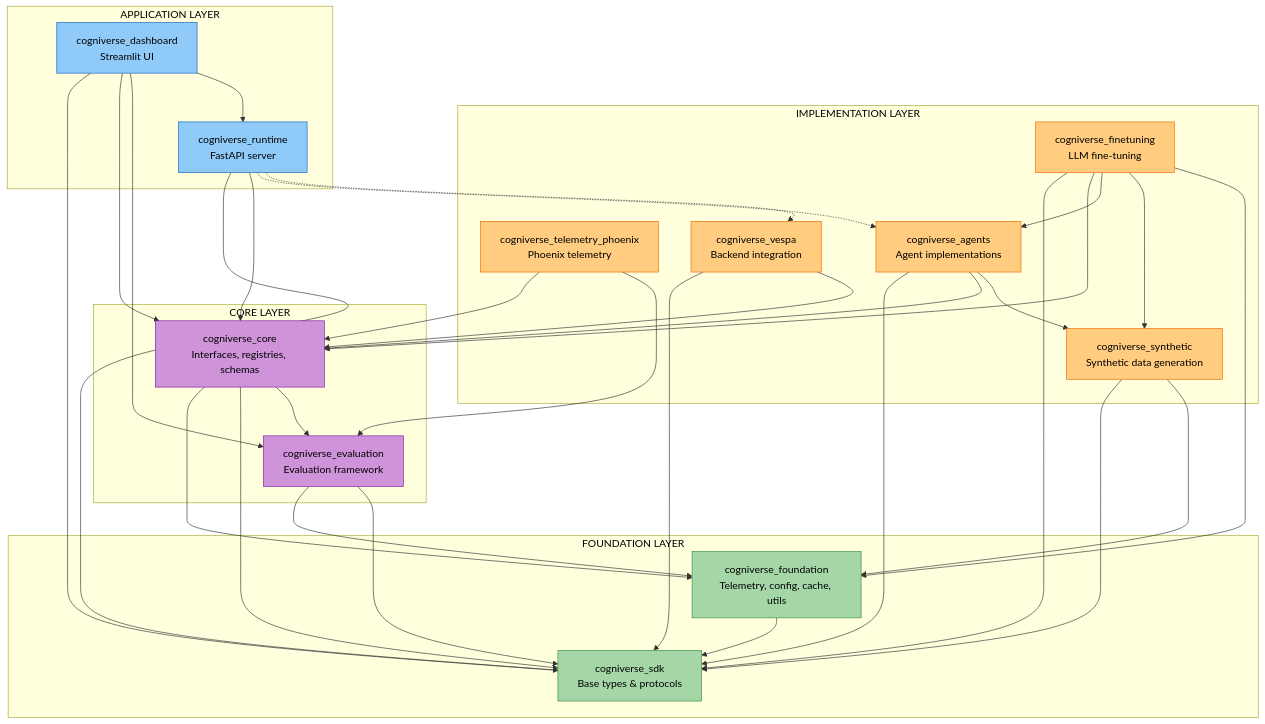
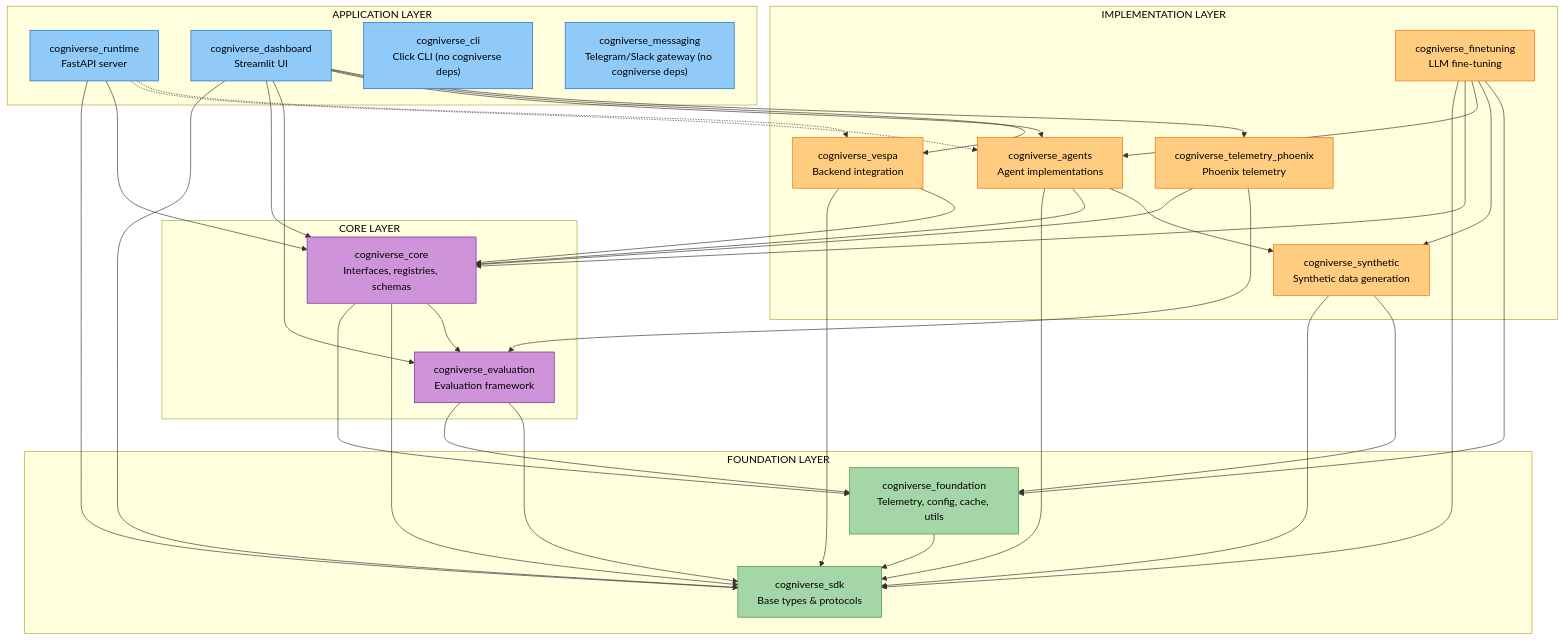
Before and after one commit to amit-jain/cogniverse: the diagram in docs/development/package-dev.md, drawn with Mermaid. The commit also changed other lines of this file and 15 other files, not shown here.

````diff
--- a/docs/development/package-dev.md
+++ b/docs/development/package-dev.md
@@ -162,68 +180,74 @@
 ```mermaid
 flowchart TB
     subgraph Foundation["<span style='color:#000'>FOUNDATION LAYER</span>"]
         SDK["<span style='color:#000'>cogniverse_sdk<br/>Base types & protocols</span>"]
         FoundationPkg["<span style='color:#000'>cogniverse_foundation<br/>Telemetry, config, cache, utils</span>"]
     end
 
     subgraph Core["<span style='color:#000'>CORE LAYER</span>"]
         Evaluation["<span style='color:#000'>cogniverse_evaluation<br/>Evaluation framework</span>"]
         CorePkg["<span style='color:#000'>cogniverse_core<br/>Interfaces, registries, schemas</span>"]
     end
 
     subgraph Implementation["<span style='color:#000'>IMPLEMENTATION LAYER</span>"]
         TelemetryPhoenix["<span style='color:#000'>cogniverse_telemetry_phoenix<br/>Phoenix telemetry</span>"]
         Agents["<span style='color:#000'>cogniverse_agents<br/>Agent implementations</span>"]
         Vespa["<span style='color:#000'>cogniverse_vespa<br/>Backend integration</span>"]
         Synthetic["<span style='color:#000'>cogniverse_synthetic<br/>Synthetic data generation</span>"]
         Finetuning["<span style='color:#000'>cogniverse_finetuning<br/>LLM fine-tuning</span>"]
     end
 
     subgraph Application["<span style='color:#000'>APPLICATION LAYER</span>"]
         Runtime["<span style='color:#000'>cogniverse_runtime<br/>FastAPI server</span>"]
         Dashboard["<span style='color:#000'>cogniverse_dashboard<br/>Streamlit UI</span>"]
+        CLI["<span style='color:#000'>cogniverse_cli<br/>Click CLI (no cogniverse deps)</span>"]
+        Messaging["<span style='color:#000'>cogniverse_messaging<br/>Telegram/Slack gateway (no cogniverse deps)</span>"]
     end
 
     FoundationPkg --> SDK
     Evaluation --> FoundationPkg
     Evaluation --> SDK
     CorePkg --> FoundationPkg
     CorePkg --> SDK
     CorePkg --> Evaluation
 
     TelemetryPhoenix --> CorePkg
     TelemetryPhoenix --> Evaluation
     Agents --> SDK
     Agents --> CorePkg
     Agents --> Synthetic
     Vespa --> SDK
     Vespa --> CorePkg
     Synthetic --> SDK
     Synthetic --> FoundationPkg
     Finetuning --> SDK
     Finetuning --> CorePkg
     Finetuning --> Agents
     Finetuning --> Synthetic
     Finetuning --> FoundationPkg
 
     Runtime --> SDK
     Runtime --> CorePkg
     Runtime -.-> Agents
     Runtime -.-> Vespa
     Dashboard --> SDK
     Dashboard --> CorePkg
     Dashboard --> Evaluation
-    Dashboard --> Runtime
+    Dashboard --> Agents
+    Dashboard --> Vespa
+    Dashboard --> TelemetryPhoenix
 
     style SDK fill:#a5d6a7,stroke:#388e3c,color:#000
     style FoundationPkg fill:#a5d6a7,stroke:#388e3c,color:#000
     style Evaluation fill:#ce93d8,stroke:#7b1fa2,color:#000
     style CorePkg fill:#ce93d8,stroke:#7b1fa2,color:#000
     style TelemetryPhoenix fill:#ffcc80,stroke:#ef6c00,color:#000
     style Agents fill:#ffcc80,stroke:#ef6c00,color:#000
     style Vespa fill:#ffcc80,stroke:#ef6c00,color:#000
     style Synthetic fill:#ffcc80,stroke:#ef6c00,color:#000
     style Finetuning fill:#ffcc80,stroke:#ef6c00,color:#000
     style Runtime fill:#90caf9,stroke:#1565c0,color:#000
     style Dashboard fill:#90caf9,stroke:#1565c0,color:#000
+    style CLI fill:#90caf9,stroke:#1565c0,color:#000
+    style Messaging fill:#90caf9,stroke:#1565c0,color:#000
 ```
````
